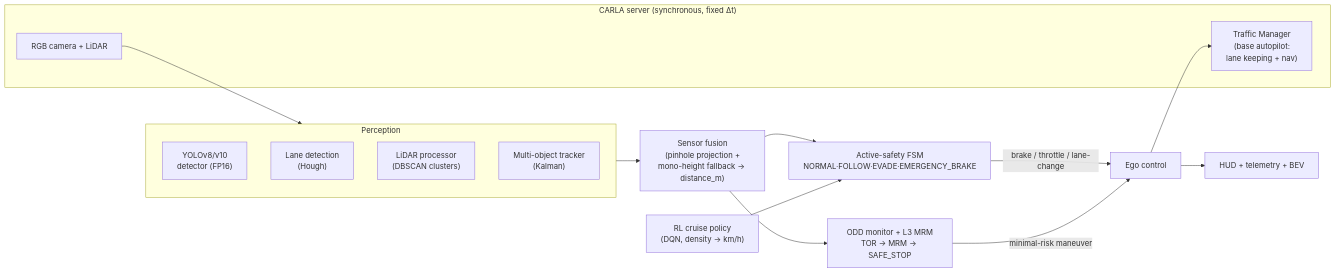
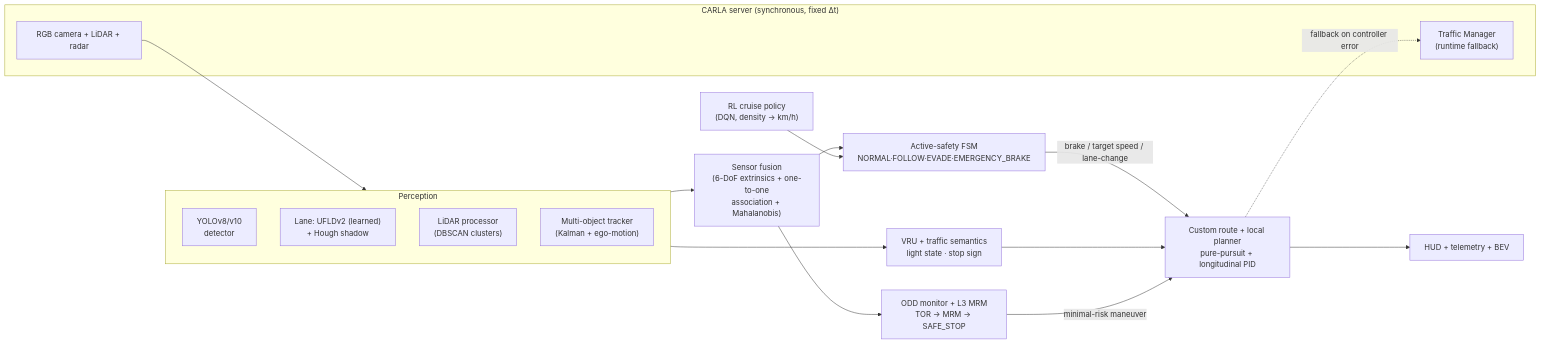
One commit to nhatduongchess-cloud/carla-adas-active-safety-project changed the first of 2 diagrams in README.md. Above: the diagram before and after it, drawn with Mermaid. The commit also changed other lines of this file and 125 other files, not shown here.

````diff
--- a/README.md
+++ b/README.md
@@ -57,25 +69,27 @@
 ```mermaid
 flowchart LR
     subgraph SIM["CARLA server (synchronous, fixed Δt)"]
-        TM["Traffic Manager<br/>(base autopilot:<br/>lane keeping + nav)"]
-        SENS["RGB camera + LiDAR"]
+        TM["Traffic Manager<br/>(runtime fallback)"]
+        SENS["RGB camera + LiDAR + radar"]
     end
 
     SENS --> PERC
     subgraph PERC["Perception"]
-        YOLO["YOLOv8/v10<br/>detector (FP16)"]
-        LANE["Lane detection<br/>(Hough)"]
+        YOLO["YOLOv8/v10<br/>detector"]
+        LANE["Lane: UFLDv2 (learned)<br/>+ Hough shadow"]
         LIDAR["LiDAR processor<br/>(DBSCAN clusters)"]
-        MOT["Multi-object tracker<br/>(Kalman)"]
+        MOT["Multi-object tracker<br/>(Kalman + ego-motion)"]
     end
 
-    PERC --> FUSE["Sensor fusion<br/>(pinhole projection +<br/>mono-height fallback → distance_m)"]
+    PERC --> FUSE["Sensor fusion<br/>(6-DoF extrinsics + one-to-one<br/>association + Mahalanobis)"]
+    PERC --> SEM["VRU + traffic semantics<br/>light state · stop sign"]
     FUSE --> SAFE["Active-safety FSM<br/>NORMAL·FOLLOW·EVADE·EMERGENCY_BRAKE"]
     FUSE --> ODD["ODD monitor + L3 MRM<br/>TOR → MRM → SAFE_STOP"]
     RL["RL cruise policy<br/>(DQN, density → km/h)"] --> SAFE
 
-    SAFE -->|"brake / throttle / lane-change"| ACT["Ego control"]
+    SAFE -->|"brake / target speed / lane-change"| ACT["Custom route + local planner<br/>pure-pursuit + longitudinal PID"]
+    SEM --> ACT
     ODD -->|"minimal-risk maneuver"| ACT
-    ACT --> TM
+    ACT -.->|"fallback on controller error"| TM
     ACT --> HUD["HUD + telemetry + BEV"]
 ```
````
